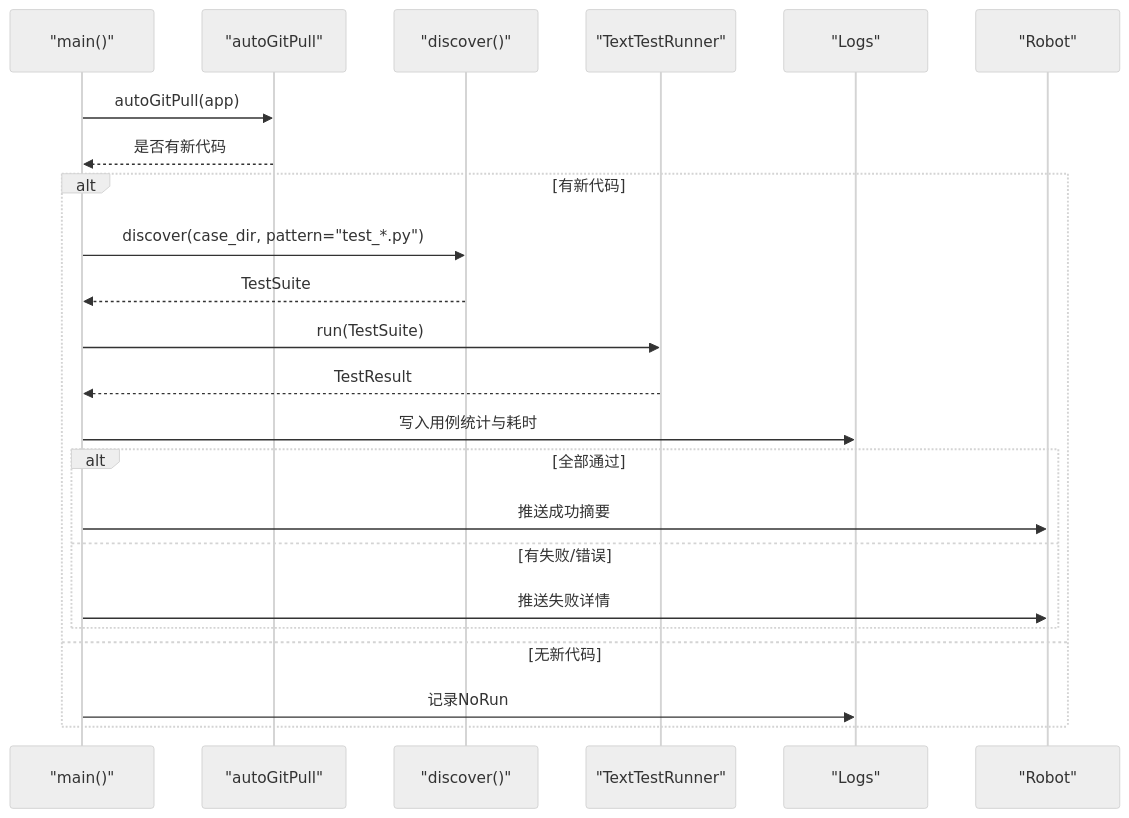
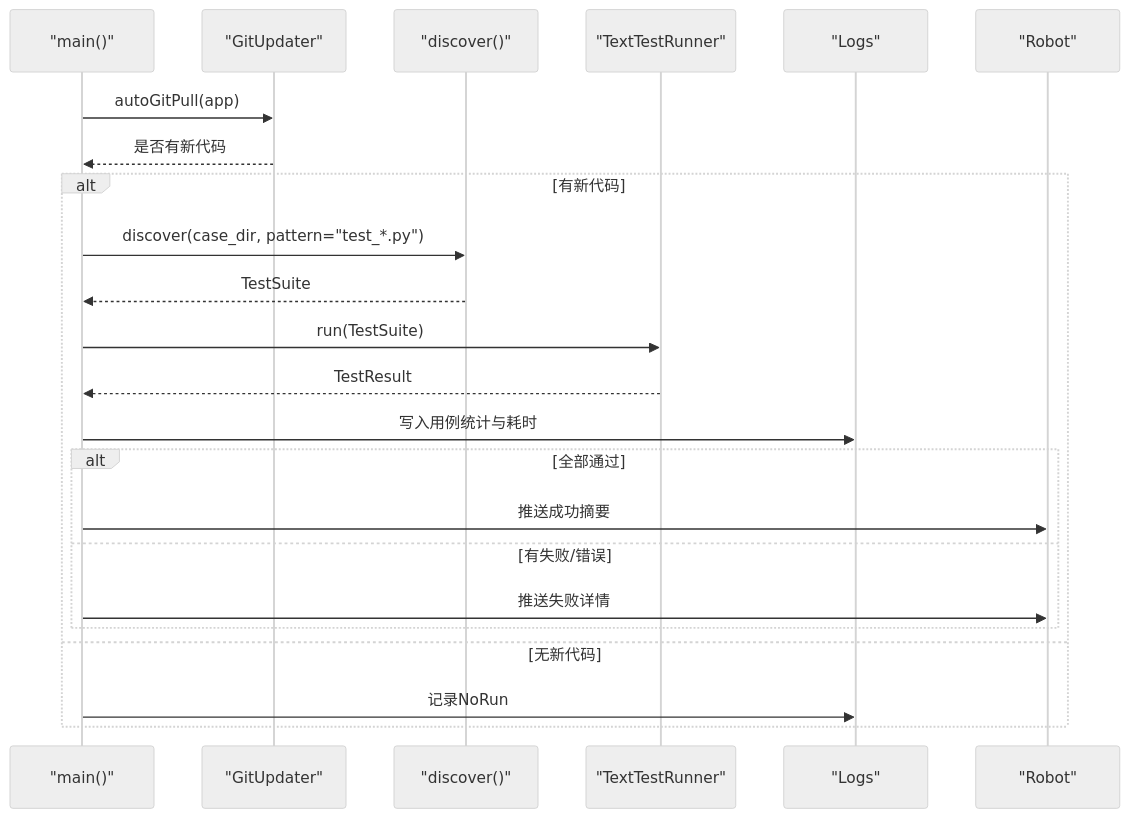
Before and after one commit to liximing1-ola/qa-payTest: the sixth of 13 diagrams in .qoder/repowiki/zh/content/自动化与CI_CD.md, drawn with Mermaid (neutral theme). The commit also changed other lines of this file and 14 other files, not shown here.

````diff
--- a/.qoder/repowiki/zh/content/自动化与CI_CD.md
+++ b/.qoder/repowiki/zh/content/自动化与CI_CD.md
@@ -189,25 +281,25 @@
 ```mermaid
 sequenceDiagram
 participant Main as "main()"
-participant Pull as "autoGitPull"
+participant GitUpdater as "GitUpdater"
 participant Suite as "discover()"
 participant Runner as "TextTestRunner"
 participant Log as "Logs"
 participant Bot as "Robot"
-Main->>Pull : autoGitPull(app)
-Pull-->>Main : 是否有新代码
+Main->>GitUpdater : autoGitPull(app)
+GitUpdater-->>Main : 是否有新代码
 alt 有新代码
 Main->>Suite : discover(case_dir, pattern="test_*.py")
 Suite-->>Main : TestSuite
 Main->>Runner : run(TestSuite)
 Runner-->>Main : TestResult
 Main->>Log : 写入用例统计与耗时
 alt 全部通过
 Main->>Bot : 推送成功摘要
 else 有失败/错误
 Main->>Bot : 推送失败详情
 end
 else 无新代码
 Main->>Log : 记录NoRun
 end
 ```
````
